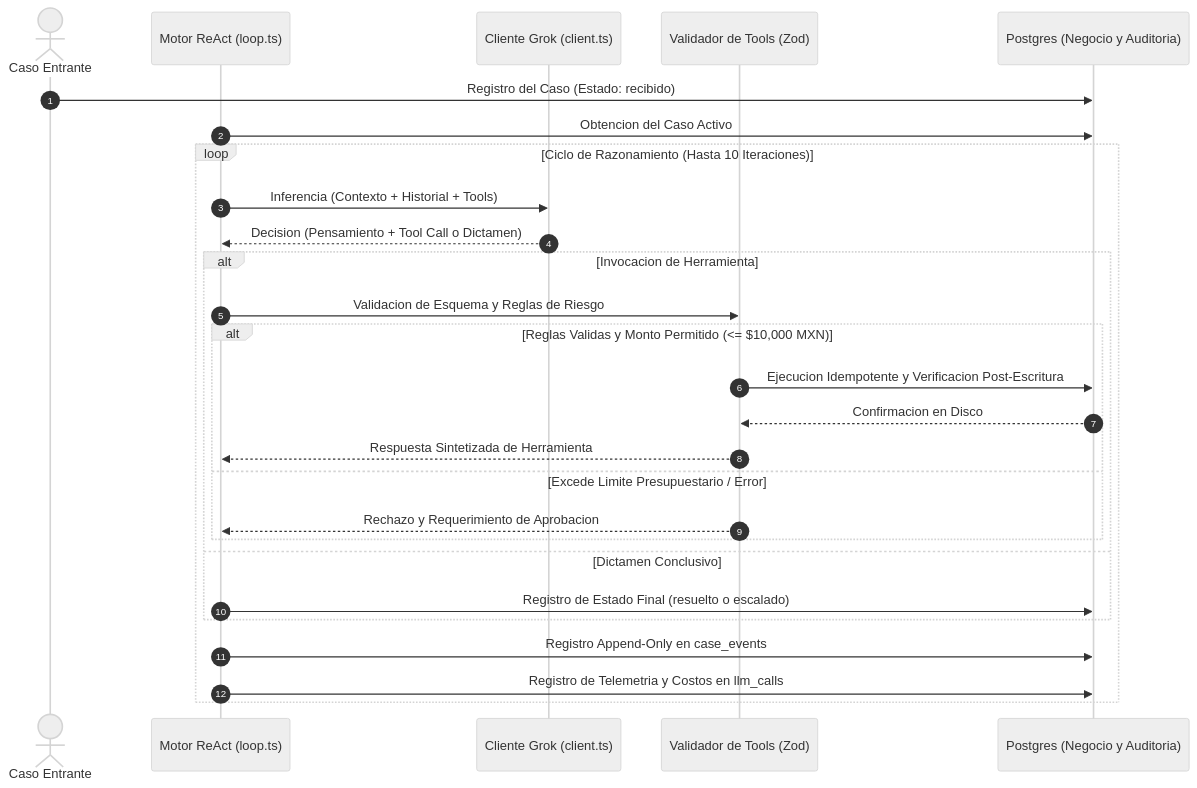
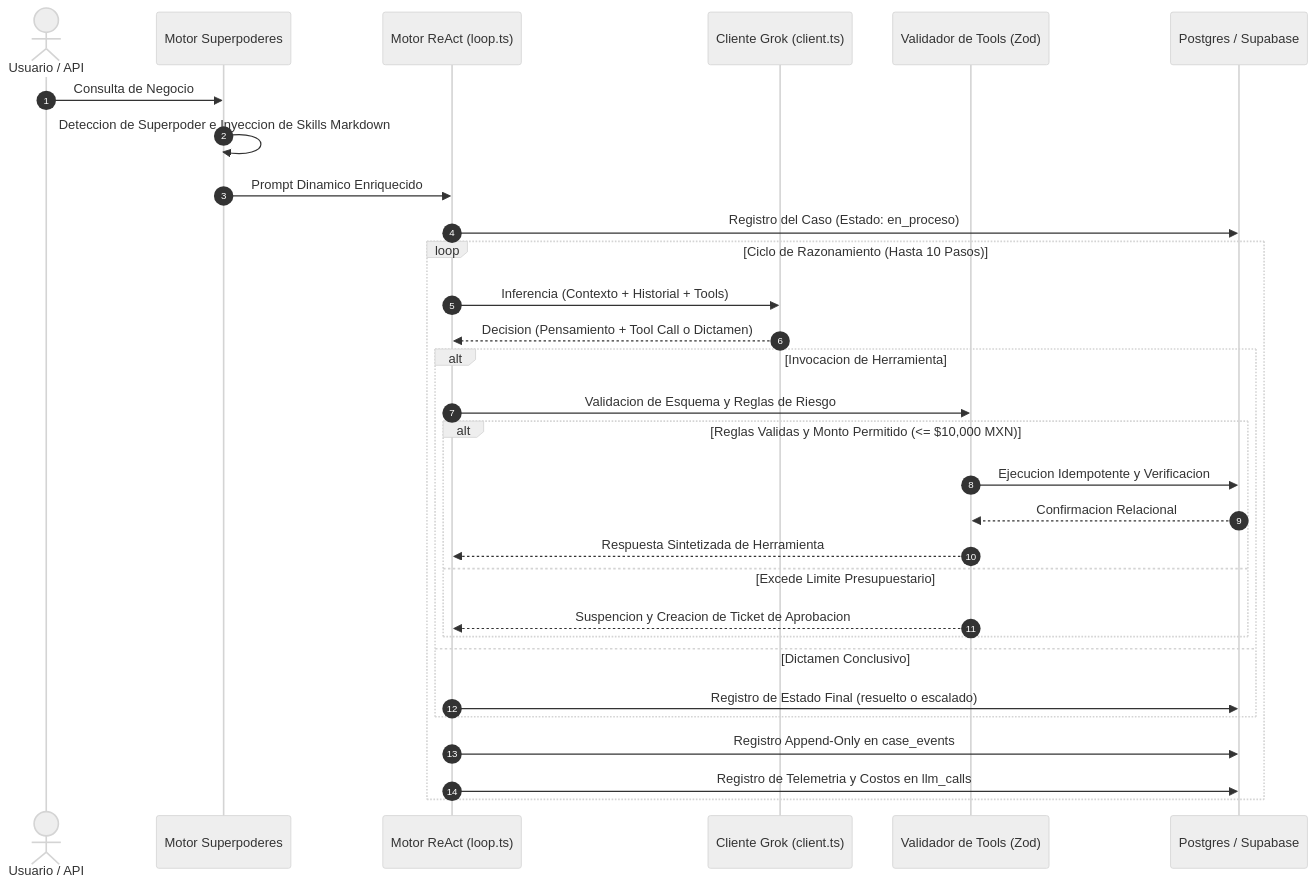
Before and after one commit to DMntill4/ai-back-office: the diagram in docs/REPORTE_TECNICO.md, drawn with Mermaid (neutral theme). The commit also changed other lines of this file and 2 other files, not shown here.

````diff
--- a/docs/REPORTE_TECNICO.md
+++ b/docs/REPORTE_TECNICO.md
@@ -84,31 +85,34 @@
 ```mermaid
 sequenceDiagram
     autonumber
-    actor CLI as Caso Entrante
+    actor CLI as Usuario / API
+    participant SP as Motor Superpoderes
     participant AG as Motor ReAct (loop.ts)
     participant LLM as Cliente Grok (client.ts)
     participant TR as Validador de Tools (Zod)
-    participant DB as Postgres (Negocio y Auditoria)
+    participant DB as Postgres / Supabase
 
-    CLI->>DB: Registro del Caso (Estado: recibido)
-    AG->>DB: Obtencion del Caso Activo
-    loop Ciclo de Razonamiento (Hasta 10 Iteraciones)
+    CLI->>SP: Consulta de Negocio
+    SP->>SP: Deteccion de Superpoder e Inyeccion de Skills Markdown
+    SP->>AG: Prompt Dinamico Enriquecido
+    AG->>DB: Registro del Caso (Estado: en_proceso)
+    loop Ciclo de Razonamiento (Hasta 10 Pasos)
         AG->>LLM: Inferencia (Contexto + Historial + Tools)
         LLM-->>AG: Decision (Pensamiento + Tool Call o Dictamen)
         
         alt Invocacion de Herramienta
             AG->>TR: Validacion de Esquema y Reglas de Riesgo
             alt Reglas Validas y Monto Permitido (<= $10,000 MXN)
-                TR->>DB: Ejecucion Idempotente y Verificacion Post-Escritura
-                DB-->>TR: Confirmacion en Disco
+                TR->>DB: Ejecucion Idempotente y Verificacion
+                DB-->>TR: Confirmacion Relacional
                 TR-->>AG: Respuesta Sintetizada de Herramienta
-            else Excede Limite Presupuestario / Error
-                TR-->>AG: Rechazo y Requerimiento de Aprobacion
+            else Excede Limite Presupuestario
+                TR-->>AG: Suspencion y Creacion de Ticket de Aprobacion
             end
         else Dictamen Conclusivo
             AG->>DB: Registro de Estado Final (resuelto o escalado)
         end
         AG->>DB: Registro Append-Only en case_events
         AG->>DB: Registro de Telemetria y Costos en llm_calls
     end
 ```
````
